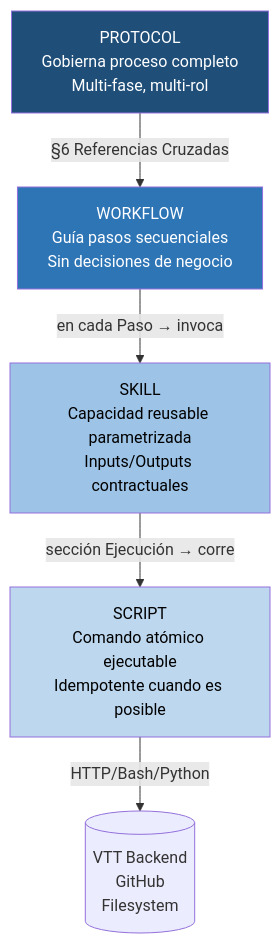
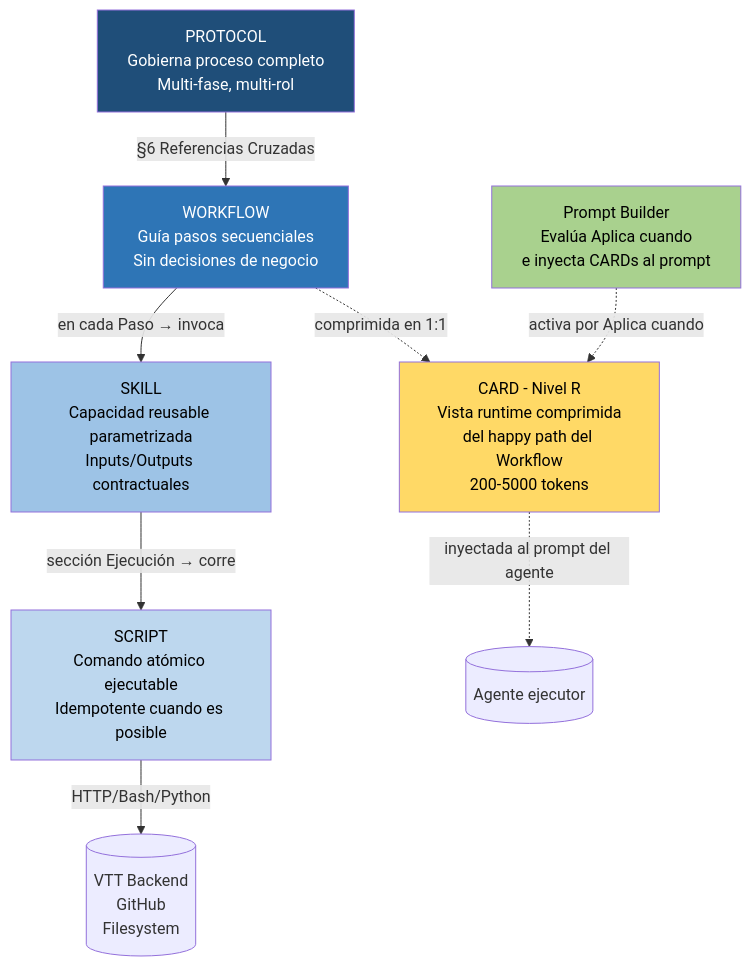
Before and after one commit to NCoreSys/virtual-team-setup: the diagram in 00-platform/02.normativa/README.md, drawn with Mermaid. The commit also changed other lines of this file and 3 other files, not shown here.

````diff
--- a/00-platform/02.normativa/README.md
+++ b/00-platform/02.normativa/README.md
@@ -1154,17 +1322,24 @@
 ```mermaid
 flowchart TD
     P[PROTOCOL<br/>Gobierna proceso completo<br/>Multi-fase, multi-rol]
     W[WORKFLOW<br/>Guía pasos secuenciales<br/>Sin decisiones de negocio]
     S[SKILL<br/>Capacidad reusable parametrizada<br/>Inputs/Outputs contractuales]
     SC[SCRIPT<br/>Comando atómico ejecutable<br/>Idempotente cuando es posible]
+    C[CARD - Nivel R<br/>Vista runtime comprimida<br/>del happy path del Workflow<br/>200-5000 tokens]
+    PB[Prompt Builder<br/>Evalúa Aplica cuando<br/>e inyecta CARDs al prompt]
 
     P -->|"§6 Referencias Cruzadas"| W
     W -->|"en cada Paso → invoca"| S
     S -->|"sección Ejecución → corre"| SC
     SC -->|"HTTP/Bash/Python"| API[(VTT Backend<br/>GitHub<br/>Filesystem)]
+    W -.->|"comprimida en 1:1"| C
+    PB -.->|"activa por Aplica cuando"| C
+    C -.->|"inyectada al prompt del agente"| AG[(Agente ejecutor)]
 
     style P fill:#1f4e79,color:#fff
     style W fill:#2e75b6,color:#fff
     style S fill:#9dc3e6,color:#000
     style SC fill:#bdd7ee,color:#000
+    style C fill:#ffd966,color:#000
+    style PB fill:#a9d18e,color:#000
 ```
````
